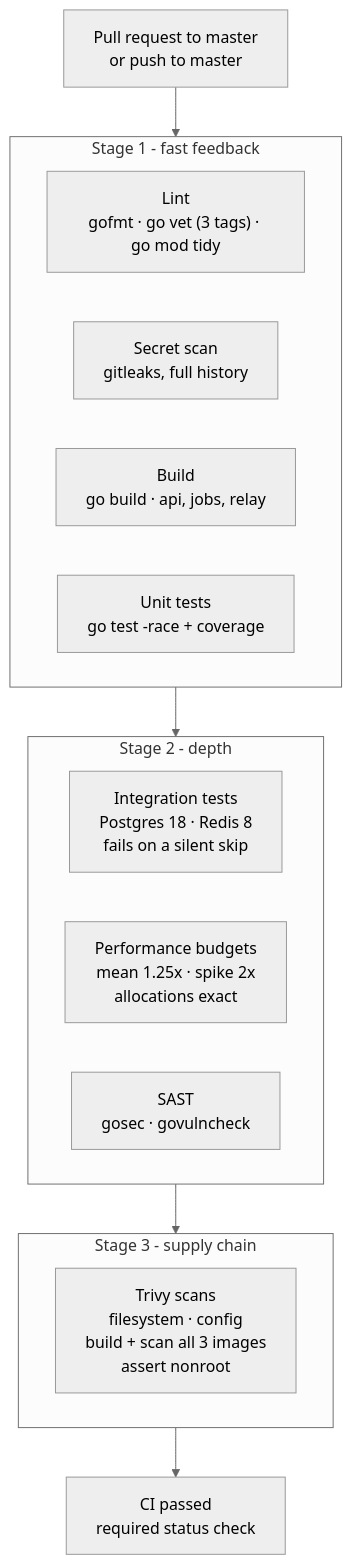
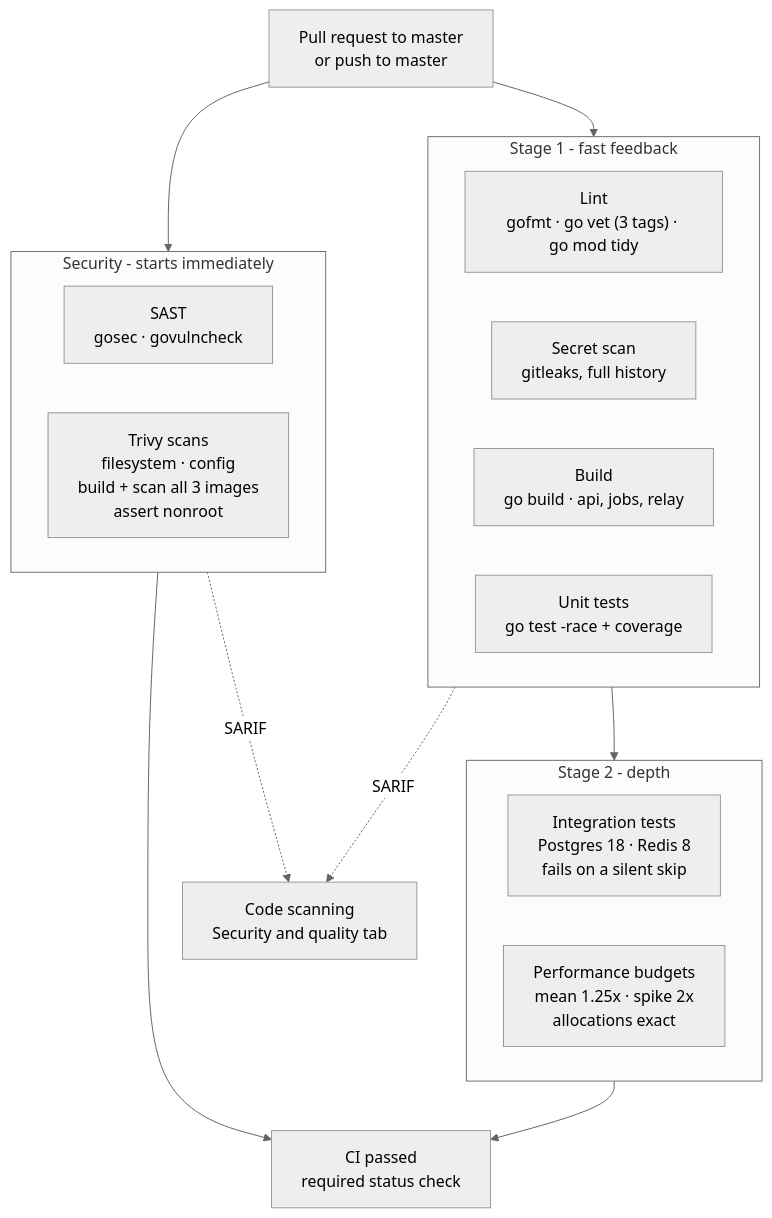
One commit to blue-samarth/payment-service changed diagram 11 of 11 in README.md. Above: the diagram before and after it, drawn with Mermaid (neutral theme). The commit also changed other lines of this file and 16 other files, not shown here.

````diff
--- a/README.md
+++ b/README.md
@@ -820,30 +825,35 @@
 ```mermaid
 flowchart TD
     trigger["Pull request to master<br/>or push to master"]
 
     subgraph S1["Stage 1 - fast feedback"]
         direction LR
         lint["Lint<br/>gofmt · go vet (3 tags) · go mod tidy"]
         secret["Secret scan<br/>gitleaks, full history"]
         build["Build<br/>go build · api, jobs, relay"]
         unit["Unit tests<br/>go test -race + coverage"]
     end
 
     subgraph S2["Stage 2 - depth"]
         direction LR
         integration["Integration tests<br/>Postgres 18 · Redis 8<br/>fails on a silent skip"]
         perf["Performance budgets<br/>mean 1.25x · spike 2x<br/>allocations exact"]
-        sast["SAST<br/>gosec · govulncheck"]
     end
 
-    subgraph S3["Stage 3 - supply chain"]
+    subgraph SEC["Security - starts immediately"]
+        direction LR
+        sast["SAST<br/>gosec · govulncheck"]
         trivy["Trivy scans<br/>filesystem · config<br/>build + scan all 3 images<br/>assert nonroot"]
     end
 
+    codescan["Code scanning<br/>Security and quality tab"]
     gate["CI passed<br/>required status check"]
 
     trigger --> S1
+    trigger --> SEC
     S1 --> S2
-    S2 --> S3
-    S3 --> gate
+    S2 --> gate
+    SEC --> gate
+    secret -. SARIF .-> codescan
+    SEC -. SARIF .-> codescan
 ```
````
